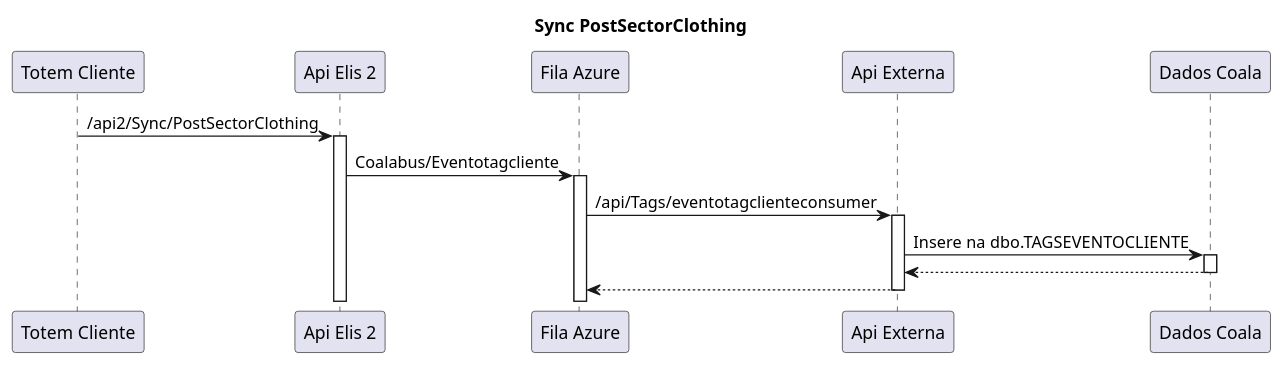
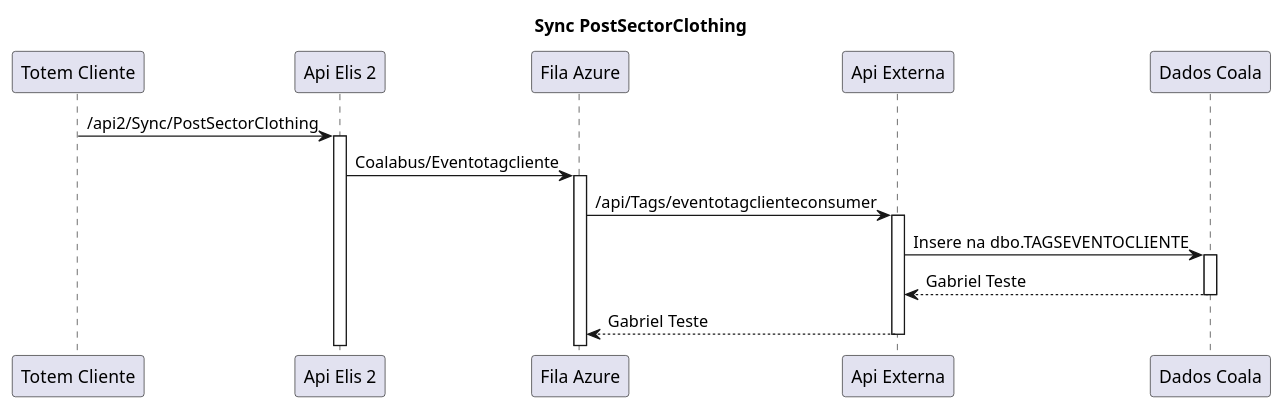
Before and after one commit to Gabriel-Duarte/Diagrama: the diagram in README.md, drawn with PlantUML.

Commit message:
teste teste

```diff
--- a/README.md
+++ b/README.md
@@ -1,17 +1,17 @@
 @startuml
 
 title:Sync PostSectorClothing
 
 participant "Totem Cliente" as Totem
 participant "Api Elis 2" as Api
 participant "Fila Azure" as Azure
 participant "Api Externa" as Externa
 participant "Dados Coala" as Banco
 
 Totem -> Api ++ : /api2/Sync/PostSectorClothing
 Api -> Azure ++ : Coalabus/Eventotagcliente
 Azure -> Externa ++: /api/Tags/eventotagclienteconsumer
 Externa -> Banco ++: Insere na dbo.TAGSEVENTOCLIENTE
-Externa <-- Banco --:
-Azure <-- Externa --:
+Externa <-- Banco --: Gabriel Teste
+Azure <-- Externa --: Gabriel Teste
 @enduml
```
